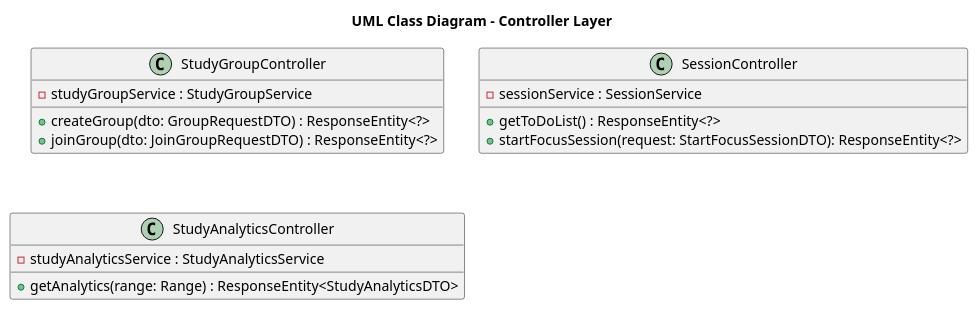
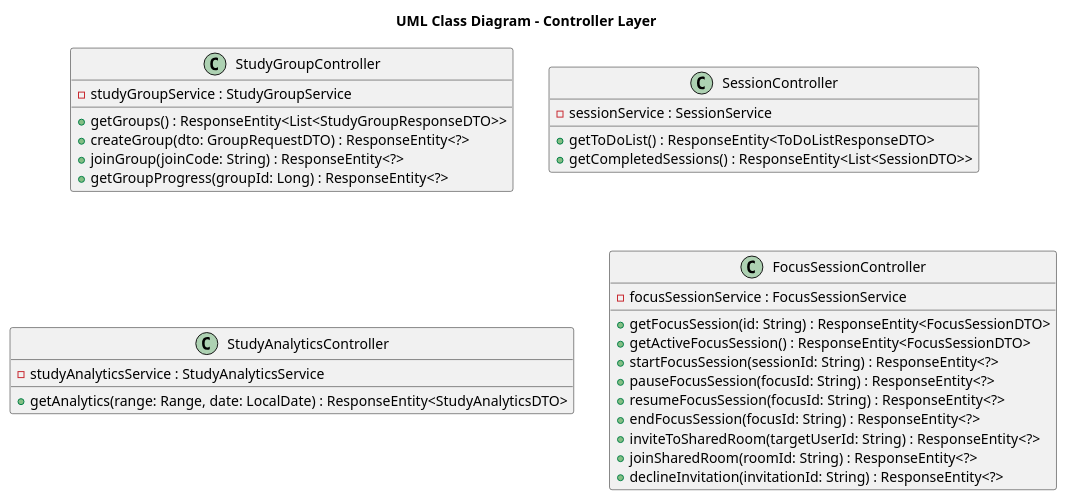
The diagram in p2/controller.puml (keerati5003/PlanMate-Diagram), drawn with PlantUML before and after one commit. The commit also changed 7 other files, not shown here.

Commit message:
update diagram

```diff
--- a/p2/controller.puml
+++ b/p2/controller.puml
@@ -1,22 +1,36 @@
 @startuml
 title UML Class Diagram - Controller Layer
 
 class StudyGroupController {
     - studyGroupService : StudyGroupService
+    + getGroups() : ResponseEntity<List<StudyGroupResponseDTO>>
     + createGroup(dto: GroupRequestDTO) : ResponseEntity<?>
-    + joinGroup(dto: JoinGroupRequestDTO) : ResponseEntity<?>
+    + joinGroup(joinCode: String) : ResponseEntity<?>
+    + getGroupProgress(groupId: Long) : ResponseEntity<?>
 }
 
 class SessionController {
     - sessionService : SessionService
-    + getToDoList() : ResponseEntity<?>
-    + startFocusSession(request: StartFocusSessionDTO): ResponseEntity<?>
+    + getToDoList() : ResponseEntity<ToDoListResponseDTO>
+    + getCompletedSessions() : ResponseEntity<List<SessionDTO>>
 }
-
 
 class StudyAnalyticsController {
     - studyAnalyticsService : StudyAnalyticsService
-    + getAnalytics(range: Range) : ResponseEntity<StudyAnalyticsDTO>
+    + getAnalytics(range: Range, date: LocalDate) : ResponseEntity<StudyAnalyticsDTO>
+}
+
+class FocusSessionController {
+    - focusSessionService : FocusSessionService
+    + getFocusSession(id: String) : ResponseEntity<FocusSessionDTO>
+    + getActiveFocusSession() : ResponseEntity<FocusSessionDTO>
+    + startFocusSession(sessionId: String) : ResponseEntity<?>
+    + pauseFocusSession(focusId: String) : ResponseEntity<?>
+    + resumeFocusSession(focusId: String) : ResponseEntity<?>
+    + endFocusSession(focusId: String) : ResponseEntity<?>
+    + inviteToSharedRoom(targetUserId: String) : ResponseEntity<?>
+    + joinSharedRoom(roomId: String) : ResponseEntity<?>
+    + declineInvitation(invitationId: String) : ResponseEntity<?>
 }
 
 @enduml
```
